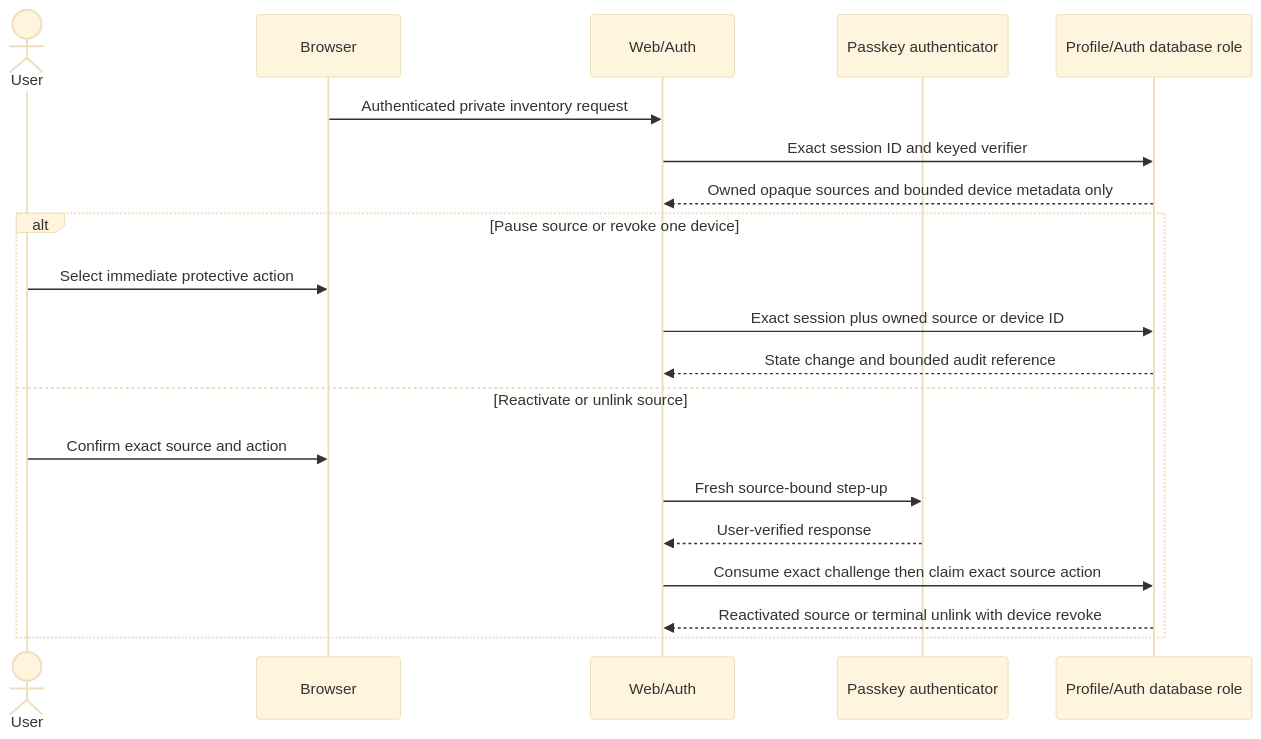
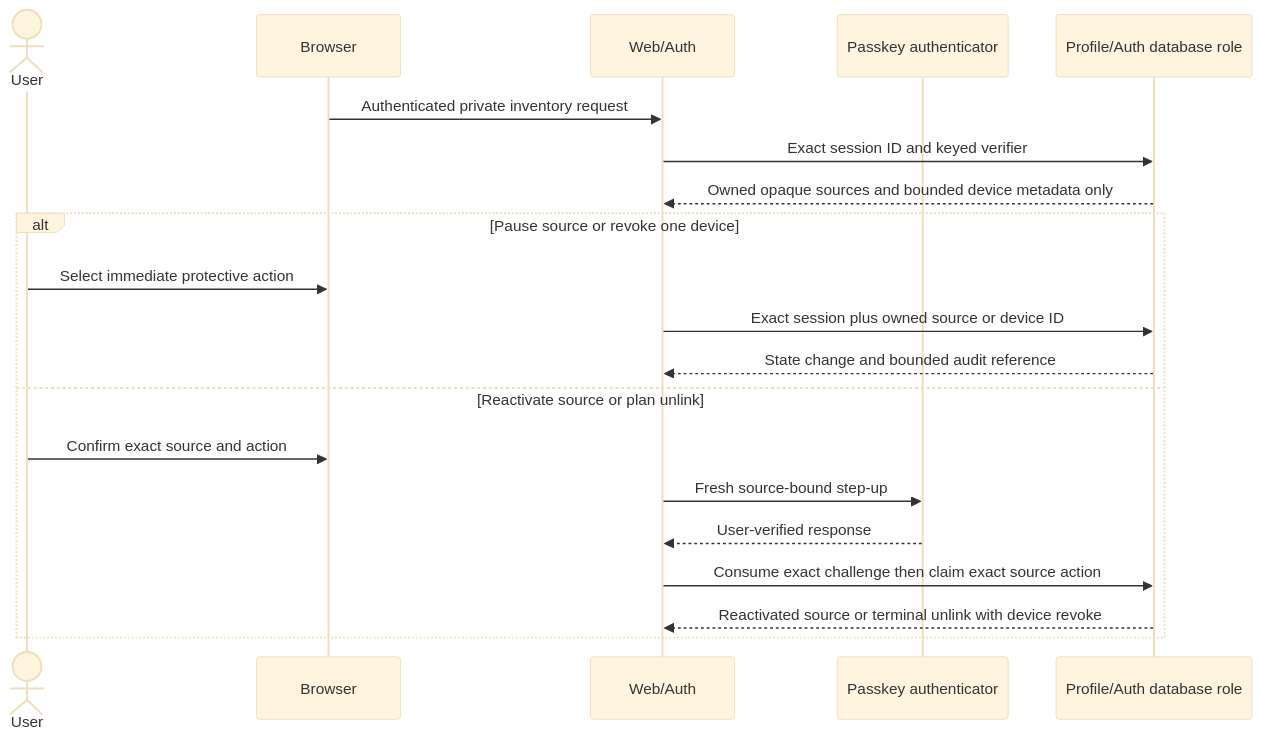
Before and after one commit to Tah10n/viberacing: the fifth of 9 diagrams in docs/architecture/DATA_FLOW.md, drawn with Mermaid (base theme). The commit also changed other lines of this file and 37 other files, not shown here.

````diff
--- a/docs/architecture/DATA_FLOW.md
+++ b/docs/architecture/DATA_FLOW.md
@@ -264,23 +265,23 @@
 ```mermaid
 sequenceDiagram
   actor User
   participant Browser
   participant Web as Web/Auth
   participant Authenticator as Passkey authenticator
   participant DB as Profile/Auth database role
 
   Browser->>Web: Authenticated private inventory request
   Web->>DB: Exact session ID and keyed verifier
   DB-->>Web: Owned opaque sources and bounded device metadata only
   alt Pause source or revoke one device
     User->>Browser: Select immediate protective action
     Web->>DB: Exact session plus owned source or device ID
     DB-->>Web: State change and bounded audit reference
-  else Reactivate or unlink source
+  else Reactivate source or plan unlink
     User->>Browser: Confirm exact source and action
     Web->>Authenticator: Fresh source-bound step-up
     Authenticator-->>Web: User-verified response
     Web->>DB: Consume exact challenge then claim exact source action
     DB-->>Web: Reactivated source or terminal unlink with device revoke
   end
 ```
````
